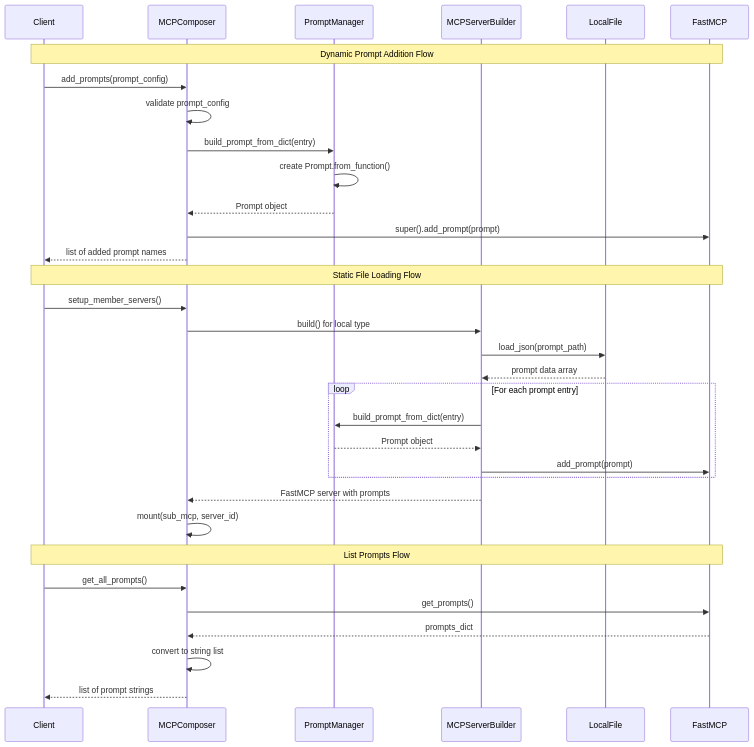
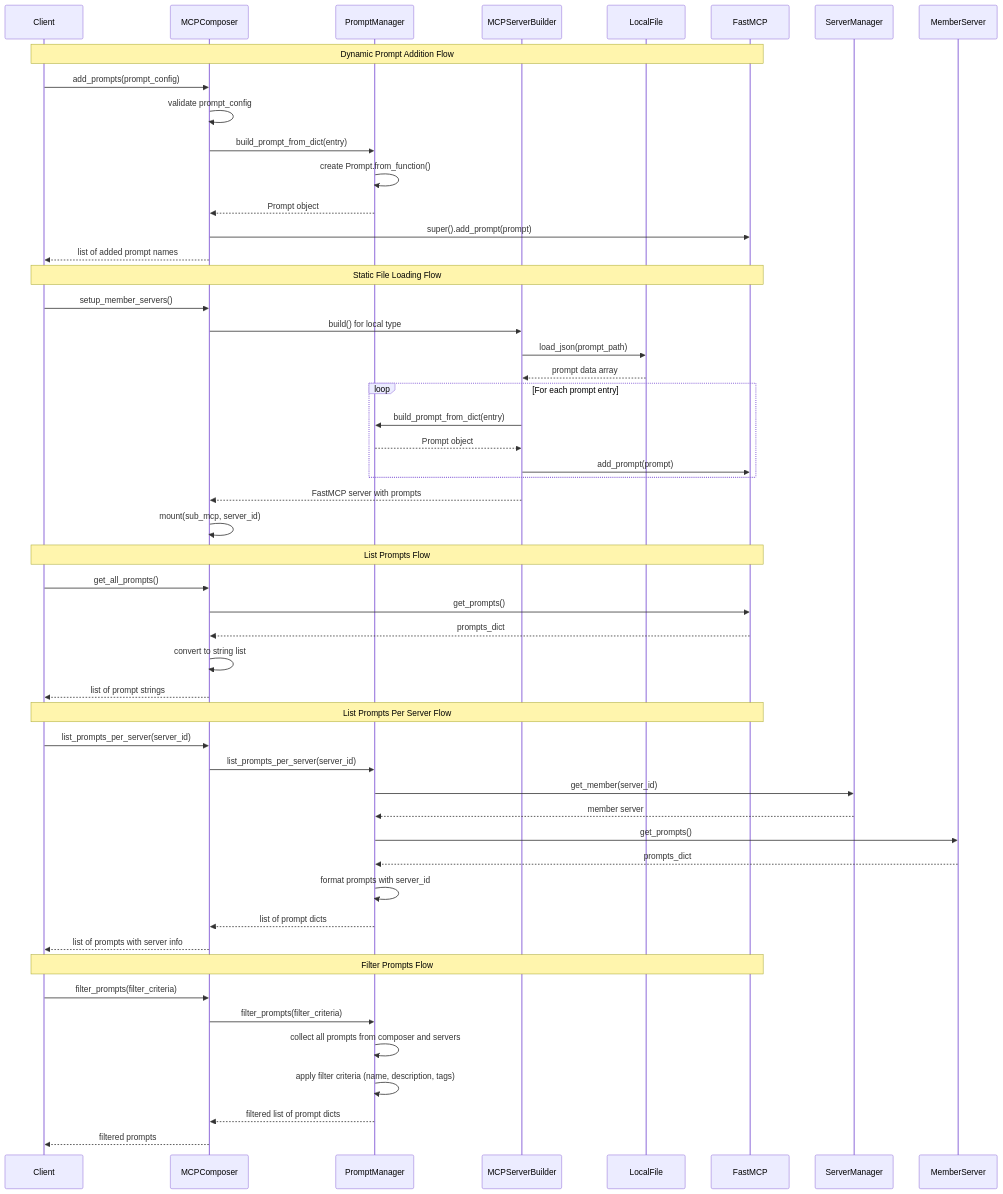
One commit to IBM/mcp-composer changed the diagram in docs/guide/prompt-management.md. Above: the diagram before and after it, drawn with Mermaid. The commit also changed other lines of this file and 18 other files, not shown here.

````diff
--- a/docs/guide/prompt-management.md
+++ b/docs/guide/prompt-management.md
@@ -43,38 +49,57 @@
 ```mermaid
 sequenceDiagram
     participant Client
     participant MCPComposer
     participant PromptManager
     participant MCPServerBuilder
     participant LocalFile
     participant FastMCP
 
     Note over Client, FastMCP: Dynamic Prompt Addition Flow
     Client->>MCPComposer: add_prompts(prompt_config)
     MCPComposer->>MCPComposer: validate prompt_config
     MCPComposer->>PromptManager: build_prompt_from_dict(entry)
     PromptManager->>PromptManager: create Prompt.from_function()
     PromptManager-->>MCPComposer: Prompt object
     MCPComposer->>FastMCP: super().add_prompt(prompt)
     MCPComposer-->>Client: list of added prompt names
 
     Note over Client, FastMCP: Static File Loading Flow
     Client->>MCPComposer: setup_member_servers()
     MCPComposer->>MCPServerBuilder: build() for local type
     MCPServerBuilder->>LocalFile: load_json(prompt_path)
     LocalFile-->>MCPServerBuilder: prompt data array
     loop For each prompt entry
         MCPServerBuilder->>PromptManager: build_prompt_from_dict(entry)
         PromptManager-->>MCPServerBuilder: Prompt object
         MCPServerBuilder->>FastMCP: add_prompt(prompt)
     end
     MCPServerBuilder-->>MCPComposer: FastMCP server with prompts
     MCPComposer->>MCPComposer: mount(sub_mcp, server_id)
 
     Note over Client, FastMCP: List Prompts Flow
     Client->>MCPComposer: get_all_prompts()
     MCPComposer->>FastMCP: get_prompts()
     FastMCP-->>MCPComposer: prompts_dict
     MCPComposer->>MCPComposer: convert to string list
     MCPComposer-->>Client: list of prompt strings
+
+    Note over Client, FastMCP: List Prompts Per Server Flow
+    Client->>MCPComposer: list_prompts_per_server(server_id)
+    MCPComposer->>PromptManager: list_prompts_per_server(server_id)
+    PromptManager->>ServerManager: get_member(server_id)
+    ServerManager-->>PromptManager: member server
+    PromptManager->>MemberServer: get_prompts()
+    MemberServer-->>PromptManager: prompts_dict
+    PromptManager->>PromptManager: format prompts with server_id
+    PromptManager-->>MCPComposer: list of prompt dicts
+    MCPComposer-->>Client: list of prompts with server info
+
+    Note over Client, FastMCP: Filter Prompts Flow
+    Client->>MCPComposer: filter_prompts(filter_criteria)
+    MCPComposer->>PromptManager: filter_prompts(filter_criteria)
+    PromptManager->>PromptManager: collect all prompts from composer and servers
+    PromptManager->>PromptManager: apply filter criteria (name, description, tags)
+    PromptManager-->>MCPComposer: filtered list of prompt dicts
+    MCPComposer-->>Client: filtered prompts
 ```
````
